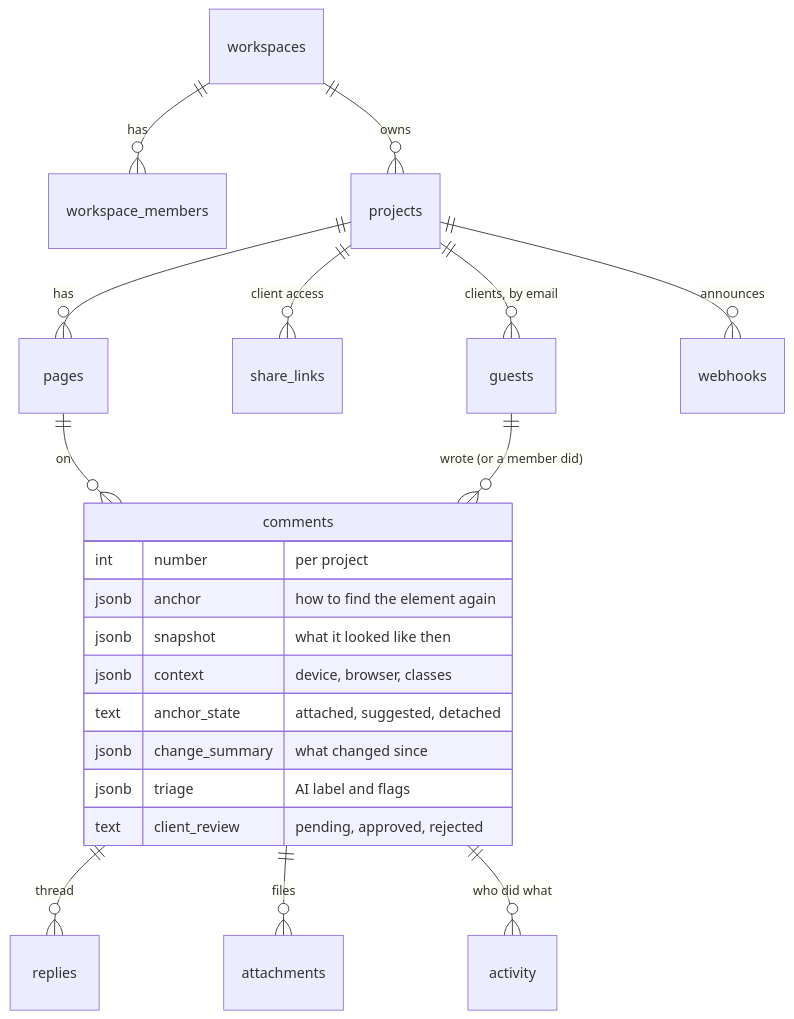
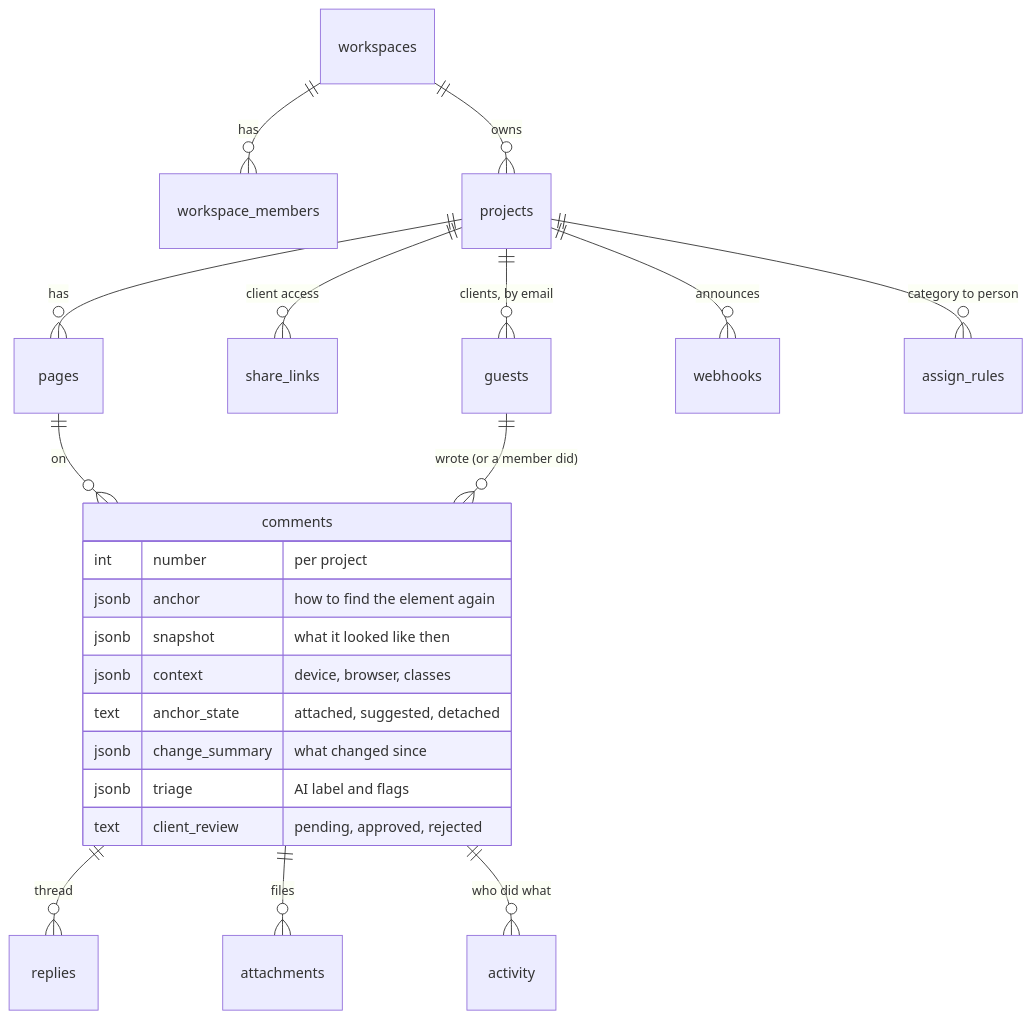
One commit to n-3-0-l-d-3-v/basefeed changed the sixth of 6 diagrams in README.md. Above: the diagram before and after it, drawn with Mermaid. The commit also changed other lines of this file, not shown here.

Commit message:
docs: assignment rules in README, test counts updated

````diff
--- a/README.md
+++ b/README.md
@@ -176,24 +177,25 @@
 ```mermaid
 erDiagram
   workspaces ||--o{ workspace_members : has
   workspaces ||--o{ projects : owns
   projects ||--o{ pages : has
   projects ||--o{ share_links : "client access"
   projects ||--o{ guests : "clients, by email"
   projects ||--o{ webhooks : announces
+  projects ||--o{ assign_rules : "category to person"
   pages ||--o{ comments : on
   comments ||--o{ replies : thread
   comments ||--o{ attachments : files
   comments ||--o{ activity : "who did what"
   guests ||--o{ comments : "wrote (or a member did)"
   comments {
     int number "per project"
     jsonb anchor "how to find the element again"
     jsonb snapshot "what it looked like then"
     jsonb context "device, browser, classes"
     text anchor_state "attached, suggested, detached"
     jsonb change_summary "what changed since"
     jsonb triage "AI label and flags"
     text client_review "pending, approved, rejected"
   }
 ```
````
